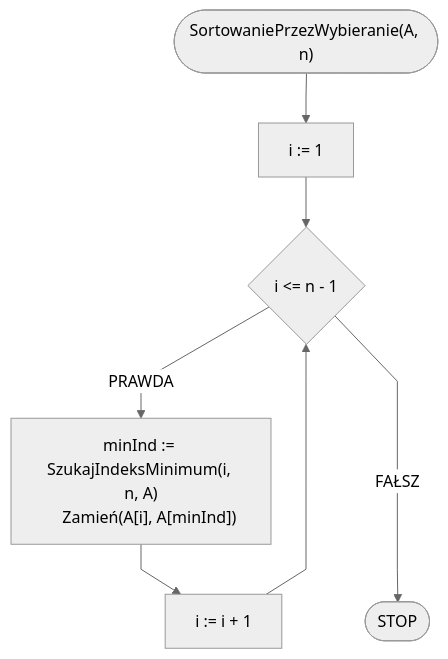
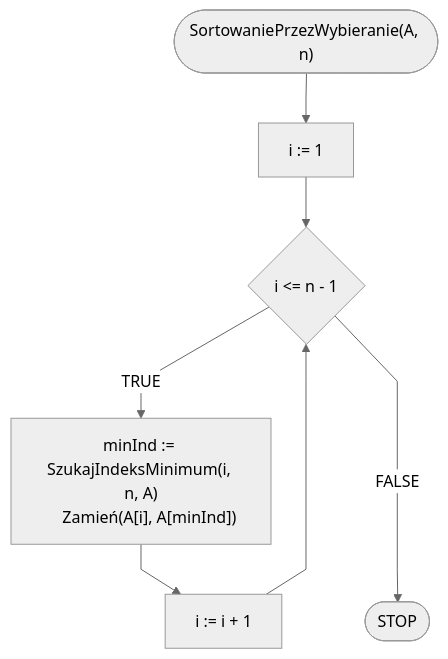
The second of 2 diagrams in docs/algorithms/sorting/selection-sort.md (blackbat13/edu-cs-htiew-en), drawn with Mermaid before and after one commit. The commit also changed other lines of this file and 682 other files, not shown here.

````diff
--- a/docs/algorithms/sorting/selection-sort.md
+++ b/docs/algorithms/sorting/selection-sort.md
@@ -66,11 +66,11 @@
 ```mermaid
 %%{init: {"flowchart": {"curve": "linear"}, "theme": "neutral"} }%%
 flowchart TD
     START(["SortowaniePrzezWybieranie(A, n)"]) --> K0[i := 1]
     K0 --> K1{i <= n - 1}
-    K1 -- PRAWDA --> K2["minInd := SzukajIndeksMinimum(i, n, A)
+    K1 -- TRUE --> K2["minInd := SzukajIndeksMinimum(i, n, A)
     Zamień(A[i], A[minInd])"]
     K2 --> K1i[i := i + 1]
     K1i --> K1
-    K1 -- FAŁSZ ---> STOP([STOP])
+    K1 -- FALSE ---> STOP([STOP])
 ```
````
